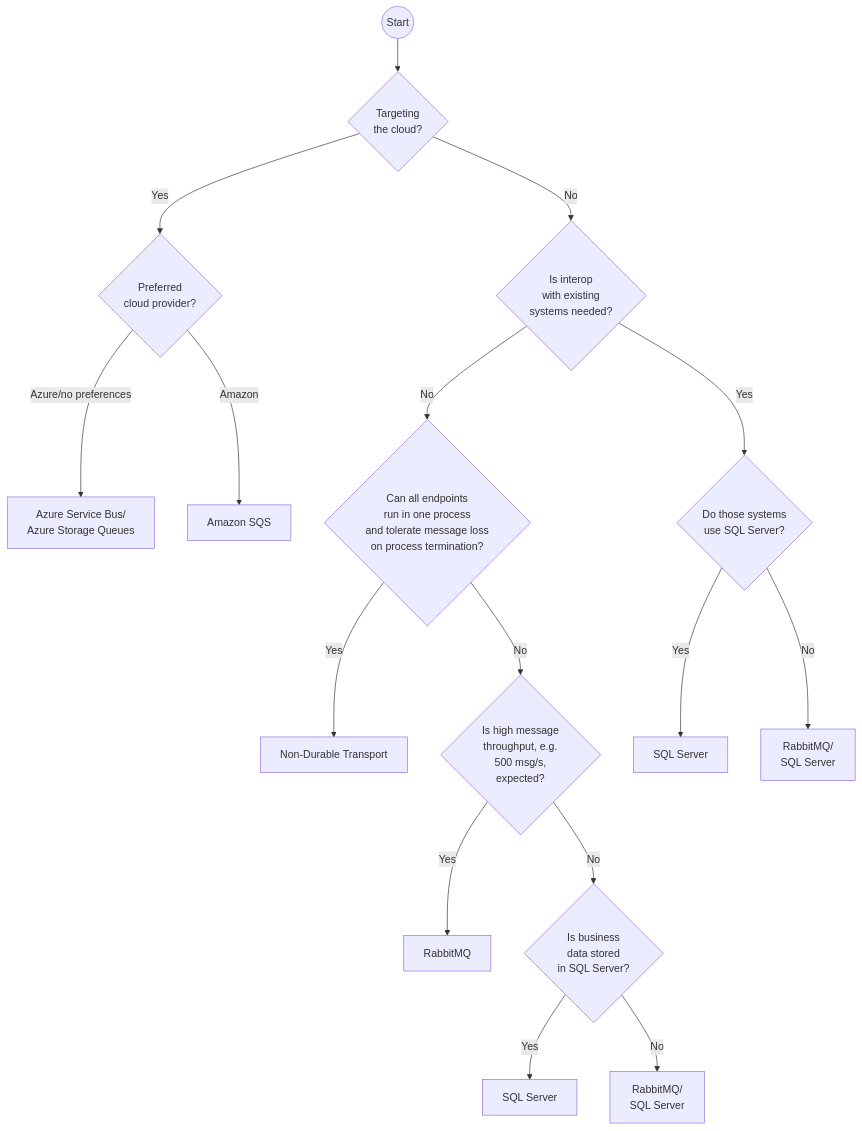
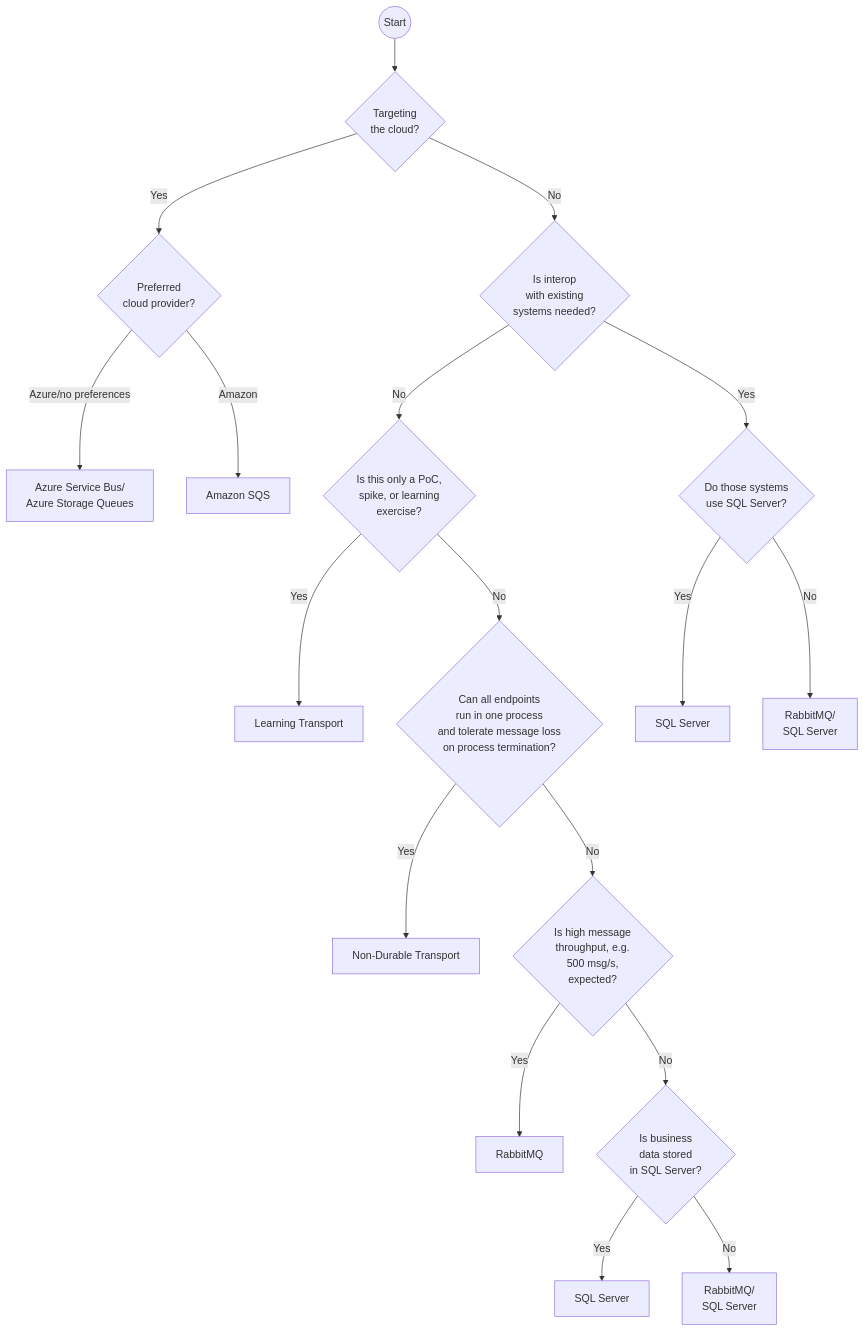
Before and after one commit to Particular/docs.particular.net: the diagram in transports/selecting.md, drawn with Mermaid.

Commit message:
Try another version

````diff
--- a/transports/selecting.md
+++ b/transports/selecting.md
@@ -38,18 +38,20 @@
 ```mermaid
 graph TD
 S((Start))-->Q{<center>Targeting<br/>the cloud?</center>}
 Q-->|Yes|Y{<center>Preferred<br/>cloud provider?</center>}
 Q-->|No|N{<center>Is interop<br/>with existing<br/>systems needed?</center>}
 Y-->|Azure/no preferences|Y1[<center>Azure Service Bus/<br/>Azure Storage Queues</center>]
 Y-->|Amazon|Y2[Amazon SQS]
 N-->|Yes|NY{<center>Do those systems<br/>use SQL Server?</center>}
-N-->|No|SP{<center>Can all endpoints<br/>run in one process<br/>and tolerate message loss<br/>on process termination?</center>}
+N-->|No|P{<center>Is this only a PoC,<br/>spike, or learning<br/>exercise?</center>}
+P-->|Yes|L[Learning Transport]
+P-->|No|SP{<center>Can all endpoints<br/>run in one process<br/>and tolerate message loss<br/>on process termination?</center>}
 SP-->|Yes|NDT[Non-Durable Transport]
 SP-->|No|NN{<center>Is high message<br/>throughput, e.g.<br/>500 msg/s,<br/>expected?</center>}
 NY-->|Yes|NYY[SQL Server]
 NY-->|No|NYN[<center>RabbitMQ/<br/>SQL Server</center>]
 NN-->|Yes|NNY[<center>RabbitMQ</center>]
 NN-->|No|NNN{<center>Is business<br/>data stored<br/>in SQL Server?</center>}
 NNN-->|Yes|NNNY[SQL Server]
 NNN-->|No|NNNN[<center>RabbitMQ/<br/>SQL Server</center>]
 ```
````
